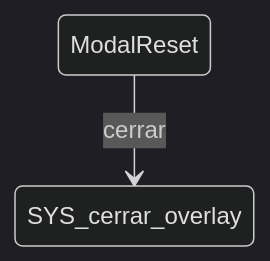
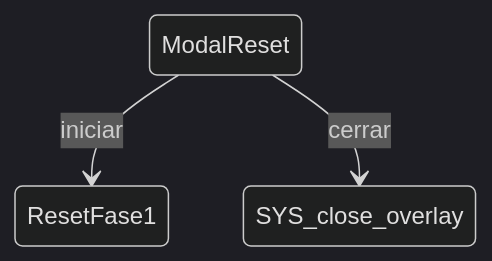
The diagram in spec/docs/sistema/overlays/ModalReset.md (cepeche/Trenza-DSL), drawn with Mermaid (dark theme) before and after one commit. The commit also changed other lines of this file and 2250 other files, not shown here.

````diff
--- a/spec/docs/sistema/overlays/ModalReset.md
+++ b/spec/docs/sistema/overlays/ModalReset.md
@@ -13,4 +14,5 @@
 ```mermaid
 stateDiagram-v2
-    ModalReset --> SYS_cerrar_overlay : cerrar
+    ModalReset --> ResetFase1 : iniciar
+    ModalReset --> SYS_close_overlay : cerrar
 ```
````
